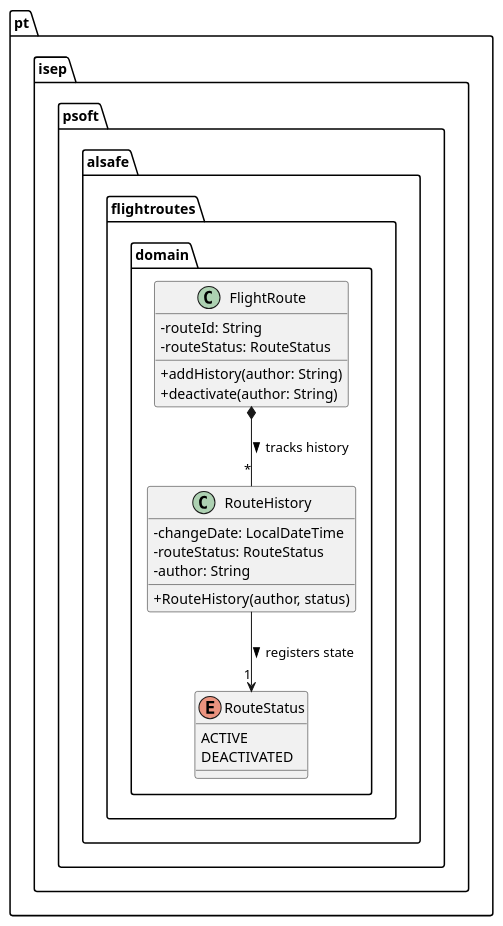
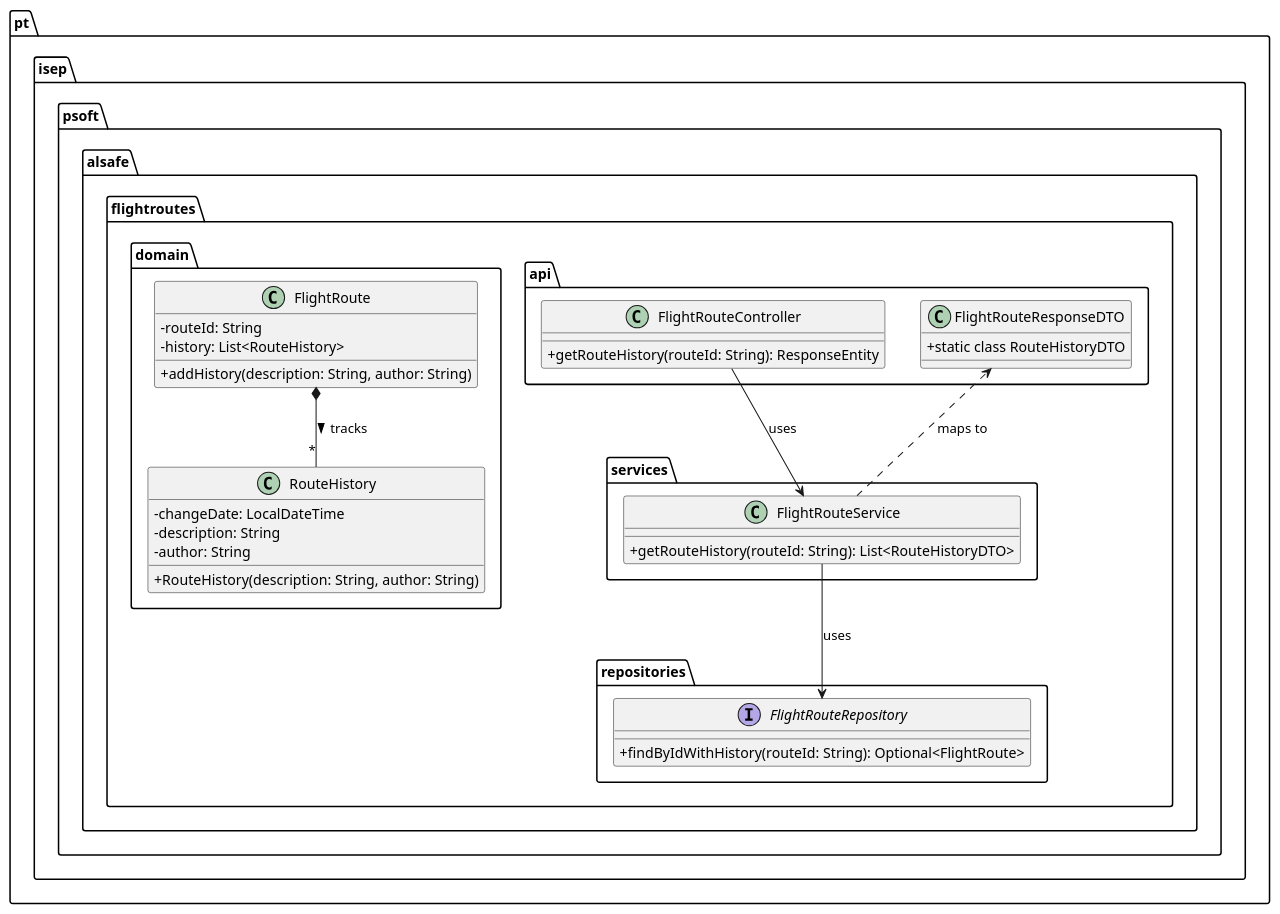
The diagram in docs/use-cases/WP#3A/US111/puml/US111-CD.puml (Andre-1240567/psoft2026_2DB_1240567_1241013_1240624), drawn with PlantUML before and after one commit. The commit also changed 34 other files, not shown here.

```diff
--- a/docs/use-cases/WP#3A/US111/puml/US111-CD.puml
+++ b/docs/use-cases/WP#3A/US111/puml/US111-CD.puml
@@ -1,29 +1,45 @@
 @startuml
 skinparam classAttributeIconSize 0
 
+package "pt.isep.psoft.alsafe.flightroutes.api" {
+    class FlightRouteController {
+        + getRouteHistory(routeId: String): ResponseEntity
+    }
+    class FlightRouteResponseDTO {
+        + static class RouteHistoryDTO
+    }
+}
+
+package "pt.isep.psoft.alsafe.flightroutes.services" {
+    class FlightRouteService {
+        + getRouteHistory(routeId: String): List<RouteHistoryDTO>
+    }
+}
+
+package "pt.isep.psoft.alsafe.flightroutes.repositories" {
+    interface FlightRouteRepository {
+        + findByIdWithHistory(routeId: String): Optional<FlightRoute>
+    }
+}
+
 package "pt.isep.psoft.alsafe.flightroutes.domain" {
-    
     class FlightRoute {
         - routeId: String
-        - routeStatus: RouteStatus
-        + addHistory(author: String)
-        + deactivate(author: String)
+        - history: List<RouteHistory>
+        + addHistory(description: String, author: String)
     }
 
     class RouteHistory {
         - changeDate: LocalDateTime
-        - routeStatus: RouteStatus
+        - description: String
         - author: String
-        + RouteHistory(author, status)
-    }
-
-    enum RouteStatus {
-        ACTIVE
-        DEACTIVATED
+        + RouteHistory(description: String, author: String)
     }
 }
 
-FlightRoute *-- "*" RouteHistory : tracks history >
-RouteHistory --> "1" RouteStatus : registers state >
+FlightRouteController --> FlightRouteService : uses
+FlightRouteService --> FlightRouteRepository : uses
+FlightRouteService ..> FlightRouteResponseDTO : maps to
+FlightRoute *-- "*" RouteHistory : tracks >
 
 @enduml
```
